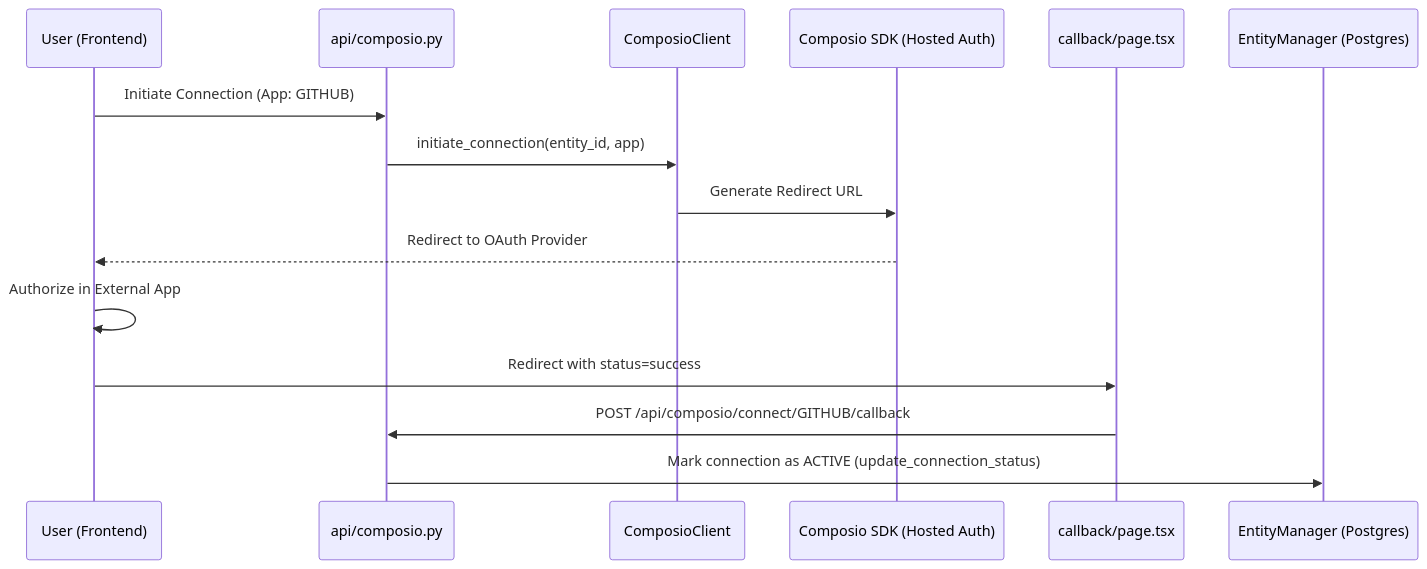
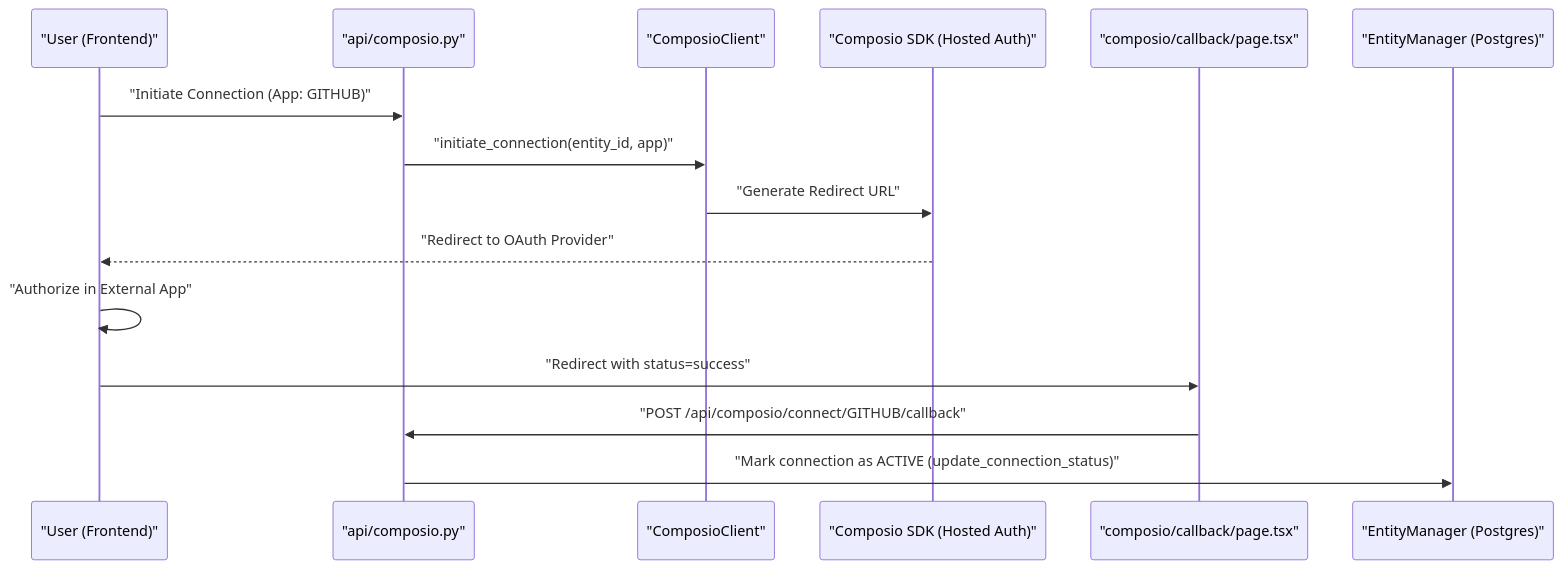
One commit to AutomatosAI/automatos-ai changed the second of 2 diagrams in docs/tools-integrations/composio-integration.md. Above: the diagram before and after it, drawn with Mermaid. The commit also changed other lines of this file and 191 other files, not shown here.

````diff
--- a/docs/tools-integrations/composio-integration.md
+++ b/docs/tools-integrations/composio-integration.md
@@ -124,18 +148,18 @@
 ```mermaid
 sequenceDiagram
-    participant User as User (Frontend)
-    participant API as api/composio.py
-    participant Client as ComposioClient
-    participant SDK as Composio SDK (Hosted Auth)
-    participant Callback as callback/page.tsx
-    participant DB as EntityManager (Postgres)
+    participant User as "User (Frontend)"
+    participant API as "api/composio.py"
+    participant Client as "ComposioClient"
+    participant SDK as "Composio SDK (Hosted Auth)"
+    participant Callback as "composio/callback/page.tsx"
+    participant DB as "EntityManager (Postgres)"
 
-    User->>API: Initiate Connection (App: GITHUB)
-    API->>Client: initiate_connection(entity_id, app)
-    Client->>SDK: Generate Redirect URL
-    SDK-->>User: Redirect to OAuth Provider
-    User->>User: Authorize in External App
-    User->>Callback: Redirect with status=success
-    Callback->>API: POST /api/composio/connect/GITHUB/callback
-    API->>DB: Mark connection as ACTIVE (update_connection_status)
+    User->>API: "Initiate Connection (App: GITHUB)"
+    API->>Client: "initiate_connection(entity_id, app)"
+    Client->>SDK: "Generate Redirect URL"
+    SDK-->>User: "Redirect to OAuth Provider"
+    User->>User: "Authorize in External App"
+    User->>Callback: "Redirect with status=success"
+    Callback->>API: "POST /api/composio/connect/GITHUB/callback"
+    API->>DB: "Mark connection as ACTIVE (update_connection_status)"
 ```
````
